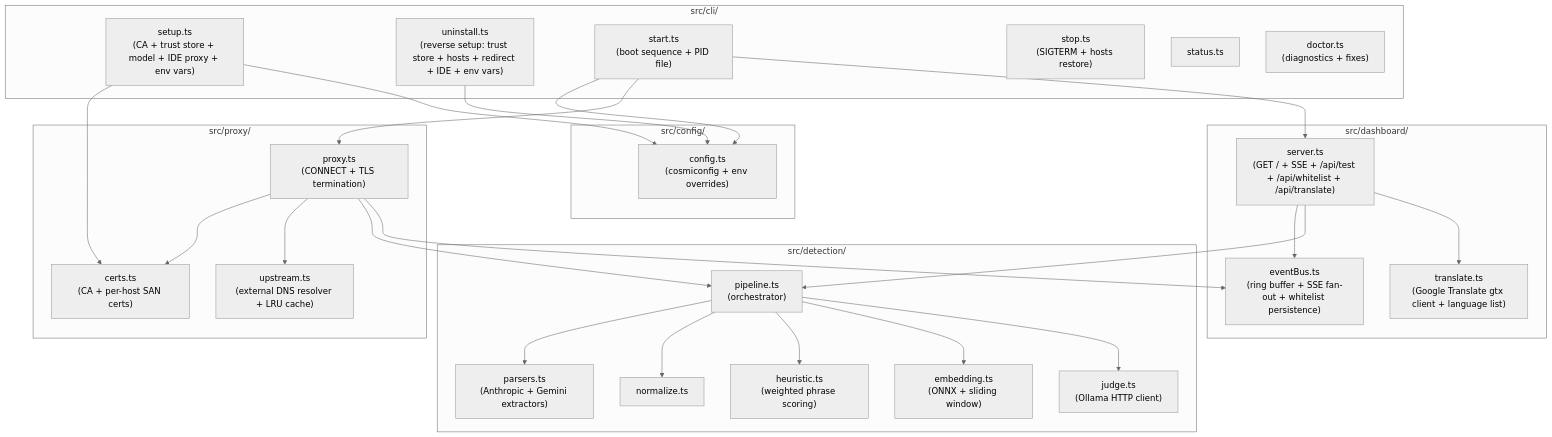
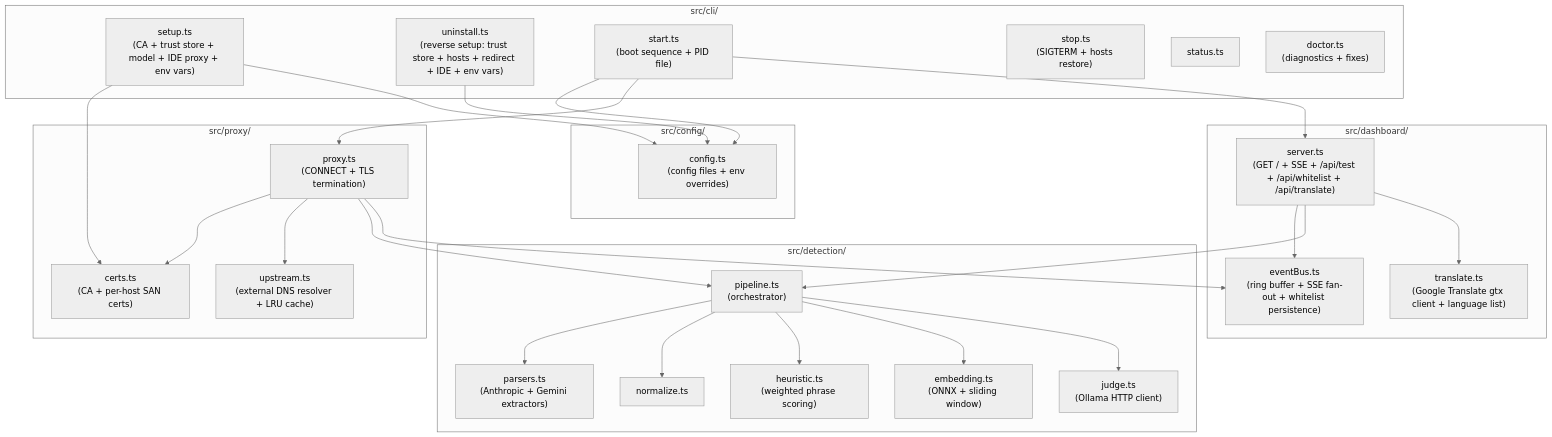
Before and after one commit to PIsberg/llm-fw: the second of 11 diagrams in docs/ARCHITECTURE.md, drawn with Mermaid (neutral theme). The commit also changed other lines of this file and 15 other files, not shown here.

````diff
--- a/docs/ARCHITECTURE.md
+++ b/docs/ARCHITECTURE.md
@@ -33,55 +33,55 @@
 ```mermaid
 flowchart TD
     subgraph CLI ["src/cli/"]
         setup["setup.ts\n(CA + trust store + model + IDE proxy + env vars)"]
         uninstall["uninstall.ts\n(reverse setup: trust store + hosts + redirect + IDE + env vars)"]
         start["start.ts\n(boot sequence + PID file)"]
         stop["stop.ts\n(SIGTERM + hosts restore)"]
         status["status.ts"]
         doctor["doctor.ts\n(diagnostics + fixes)"]
     end
 
     subgraph Config ["src/config/"]
-        cfg["config.ts\n(cosmiconfig + env overrides)"]
+        cfg["config.ts\n(config files + env overrides)"]
     end
 
     subgraph Proxy ["src/proxy/"]
         proxyServer["proxy.ts\n(CONNECT + TLS termination)"]
         certs["certs.ts\n(CA + per-host SAN certs)"]
         upstream["upstream.ts\n(external DNS resolver + LRU cache)"]
     end
 
     subgraph Detection ["src/detection/"]
         normalizer["normalize.ts"]
         parsers["parsers.ts\n(Anthropic + Gemini extractors)"]
         heuristic["heuristic.ts\n(weighted phrase scoring)"]
         embedding["embedding.ts\n(ONNX + sliding window)"]
         judge["judge.ts\n(Ollama HTTP client)"]
         pipeline["pipeline.ts\n(orchestrator)"]
     end
 
     subgraph Dashboard ["src/dashboard/"]
         httpServer["server.ts\n(GET / + SSE + /api/test + /api/whitelist + /api/translate)"]
         eventBus["eventBus.ts\n(ring buffer + SSE fan-out + whitelist persistence)"]
         translate["translate.ts\n(Google Translate gtx client + language list)"]
     end
 
     setup --> certs
     setup --> cfg
     uninstall --> cfg
     start --> cfg
     start --> proxyServer
     start --> httpServer
     proxyServer --> certs
     proxyServer --> upstream
     proxyServer --> pipeline
     pipeline --> parsers
     pipeline --> normalizer
     pipeline --> heuristic
     pipeline --> embedding
     pipeline --> judge
     proxyServer --> eventBus
     httpServer --> eventBus
     httpServer --> pipeline
     httpServer --> translate
 ```
````
